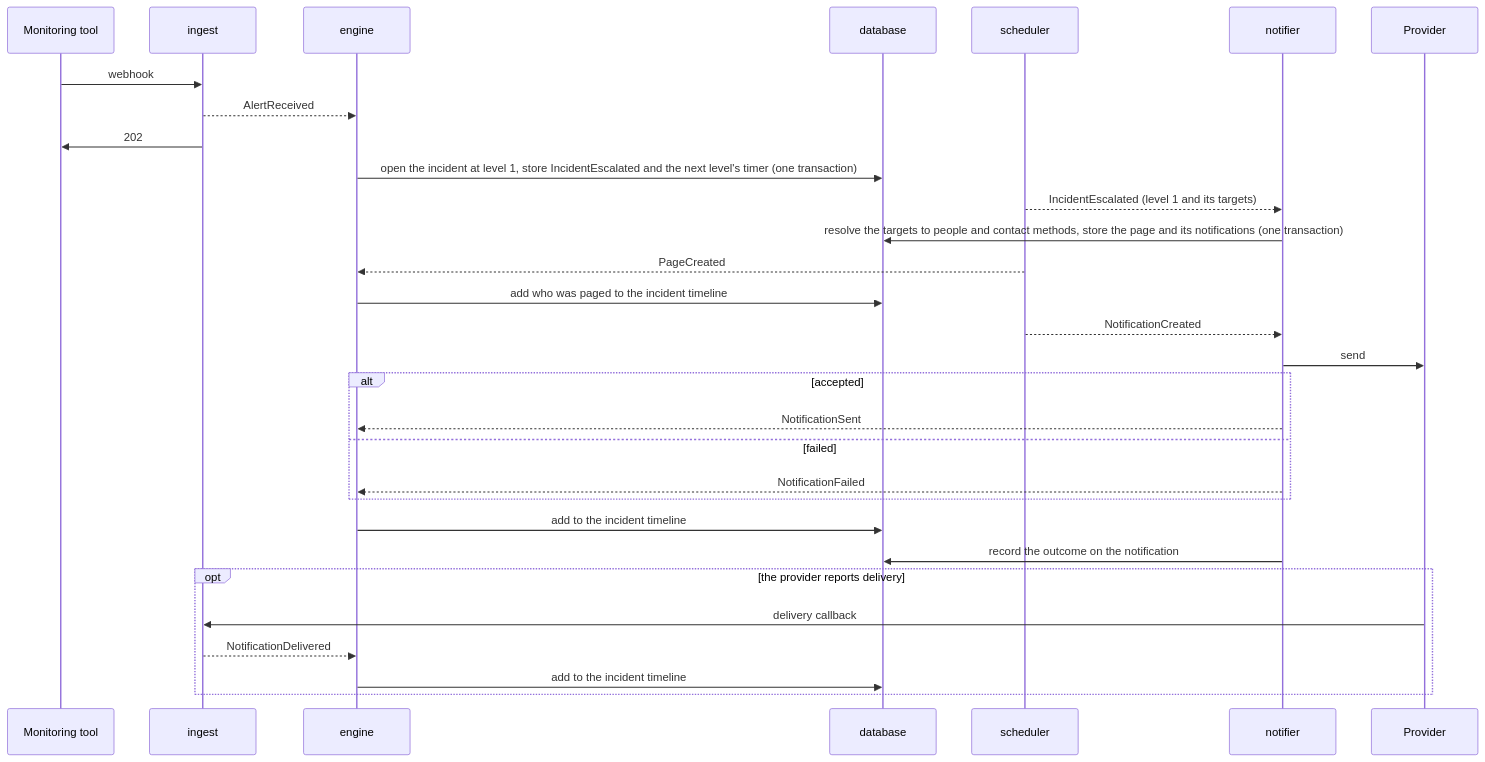
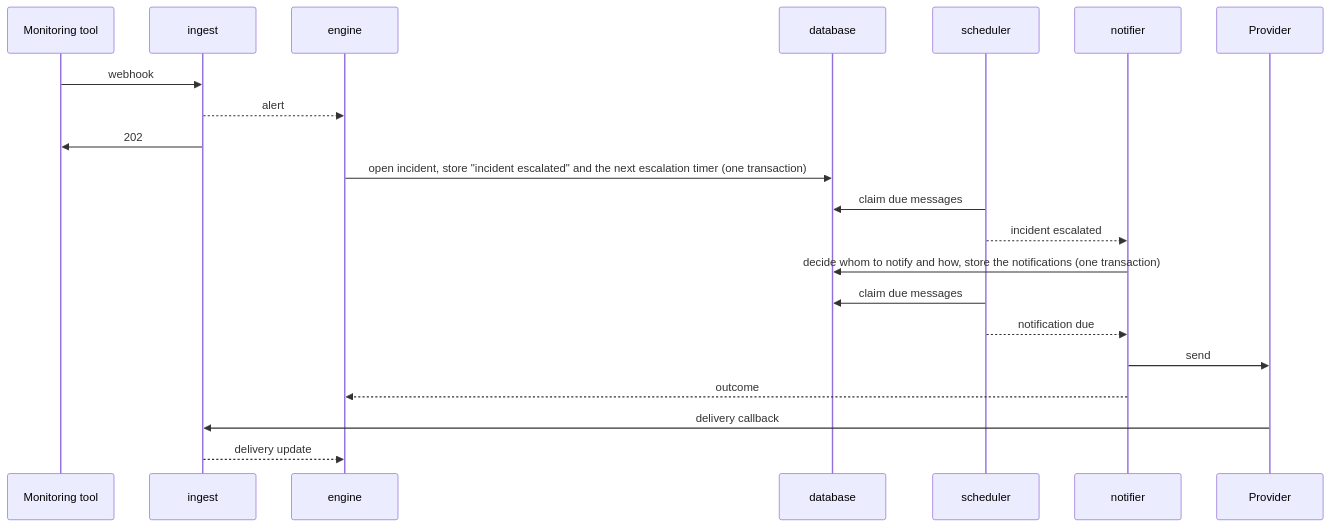
Before and after one commit to murphyhq/server: the second of 5 diagrams in docs/architecture.md, drawn with Mermaid. The commit also changed other lines of this file and 2 other files, not shown here.

Commit message:
docs: rewrite the architecture overview around components and how they communicate; it changes only when those do

````diff
--- a/docs/architecture.md
+++ b/docs/architecture.md
@@ -117,32 +115,23 @@
 ```mermaid
 sequenceDiagram
   participant M as Monitoring tool
   participant I as ingest
   participant E as engine
   participant D as database
   participant S as scheduler
   participant N as notifier
   participant P as Provider
   M->>I: webhook
-  I-->>E: AlertReceived
+  I-->>E: alert
   I->>M: 202
-  E->>D: open the incident at level 1, store IncidentEscalated and the next level's timer (one transaction)
-  S-->>N: IncidentEscalated (level 1 and its targets)
-  N->>D: resolve the targets to people and contact methods, store the page and its notifications (one transaction)
-  S-->>E: PageCreated
-  E->>D: add who was paged to the incident timeline
-  S-->>N: NotificationCreated
+  E->>D: open incident, store "incident escalated" and the next escalation timer (one transaction)
+  S->>D: claim due messages
+  S-->>N: incident escalated
+  N->>D: decide whom to notify and how, store the notifications (one transaction)
+  S->>D: claim due messages
+  S-->>N: notification due
   N->>P: send
-  alt accepted
-    N-->>E: NotificationSent
-  else failed
-    N-->>E: NotificationFailed
-  end
-  E->>D: add to the incident timeline
-  N->>D: record the outcome on the notification
-  opt the provider reports delivery
-    P->>I: delivery callback
-    I-->>E: NotificationDelivered
-    E->>D: add to the incident timeline
-  end
+  N-->>E: outcome
+  P->>I: delivery callback
+  I-->>E: delivery update
 ```
````
